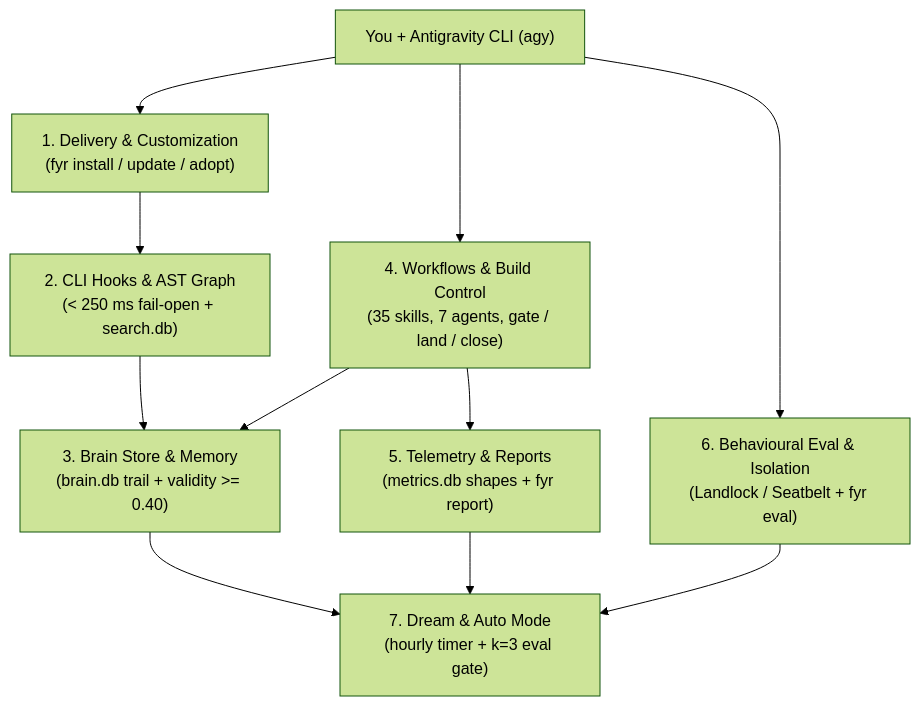
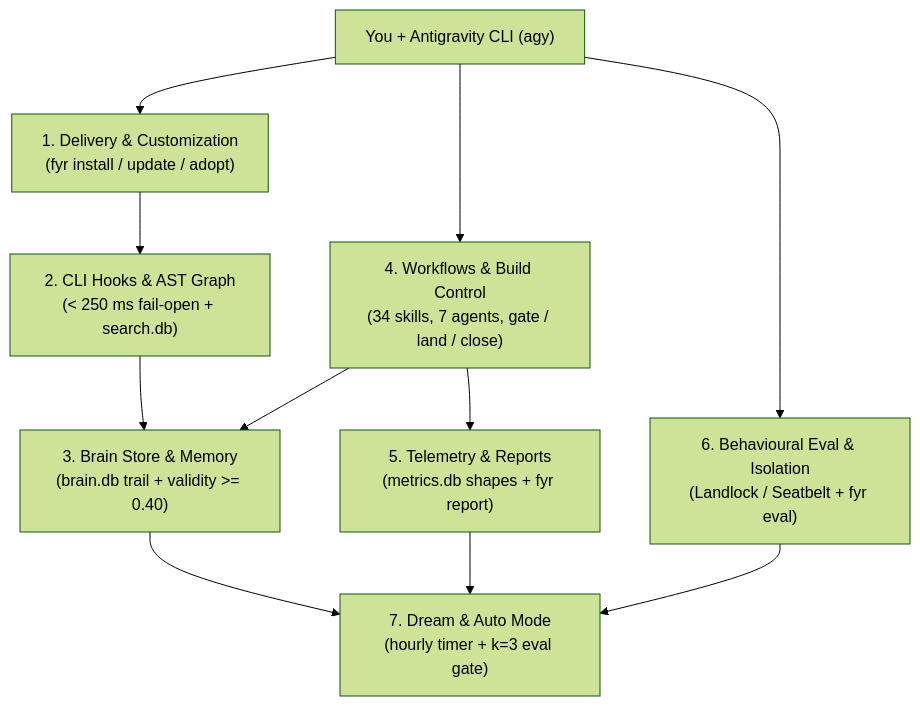
Before and after one commit to kesokaj/fyr: the first of 4 diagrams in README.md, drawn with Mermaid (forest theme). The commit also changed other lines of this file and 20 other files, not shown here.

````diff
--- a/README.md
+++ b/README.md
@@ -21,13 +21,13 @@
 ```mermaid
 flowchart TB
     devEnv["You + Antigravity CLI (agy)"] --> delivery["1. Delivery & Customization\n(fyr install / update / adopt)"]
     delivery --> hooks["2. CLI Hooks & AST Graph\n(< 250 ms fail-open + search.db)"]
     hooks --> brain["3. Brain Store & Memory\n(brain.db trail + validity >= 0.40)"]
-    devEnv --> workflows["4. Workflows & Build Control\n(35 skills, 7 agents, gate / land / close)"]
+    devEnv --> workflows["4. Workflows & Build Control\n(34 skills, 7 agents, gate / land / close)"]
     workflows --> brain
     workflows --> metrics["5. Telemetry & Reports\n(metrics.db shapes + fyr report)"]
     devEnv --> evalIso["6. Behavioural Eval & Isolation\n(Landlock / Seatbelt + fyr eval)"]
     metrics --> dreamAuto["7. Dream & Auto Mode\n(hourly timer + k=3 eval gate)"]
     brain --> dreamAuto
     evalIso --> dreamAuto
 ```
````
